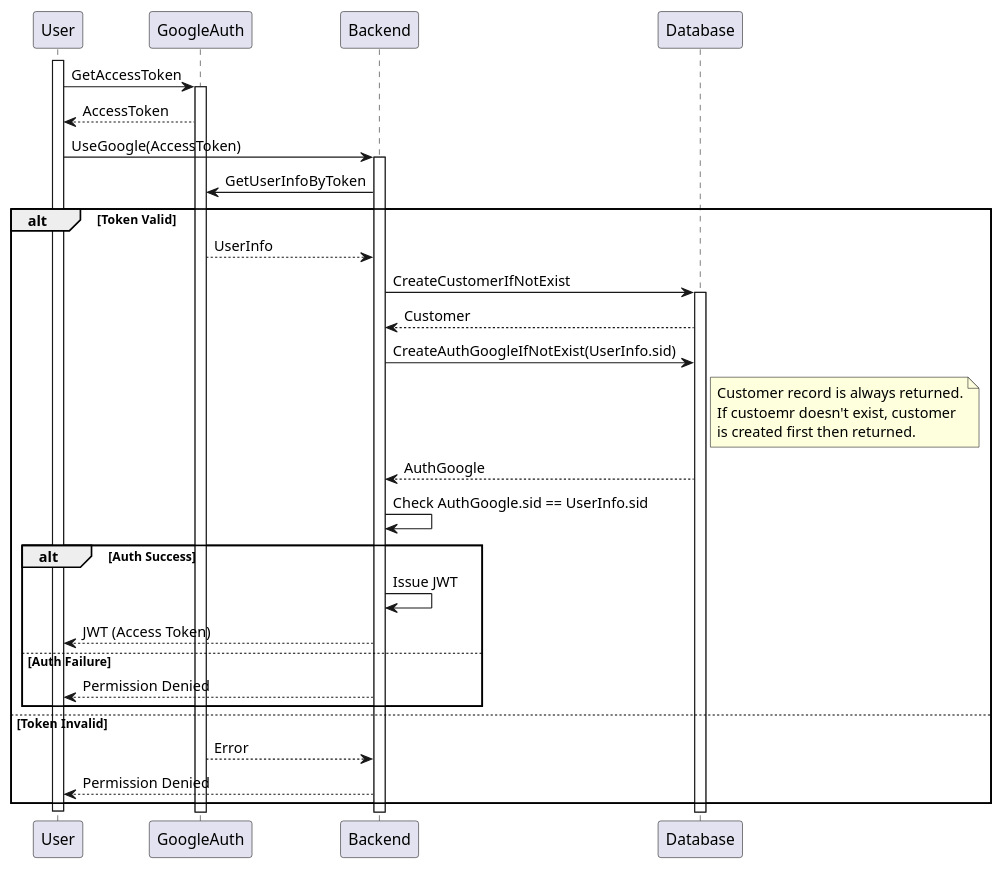
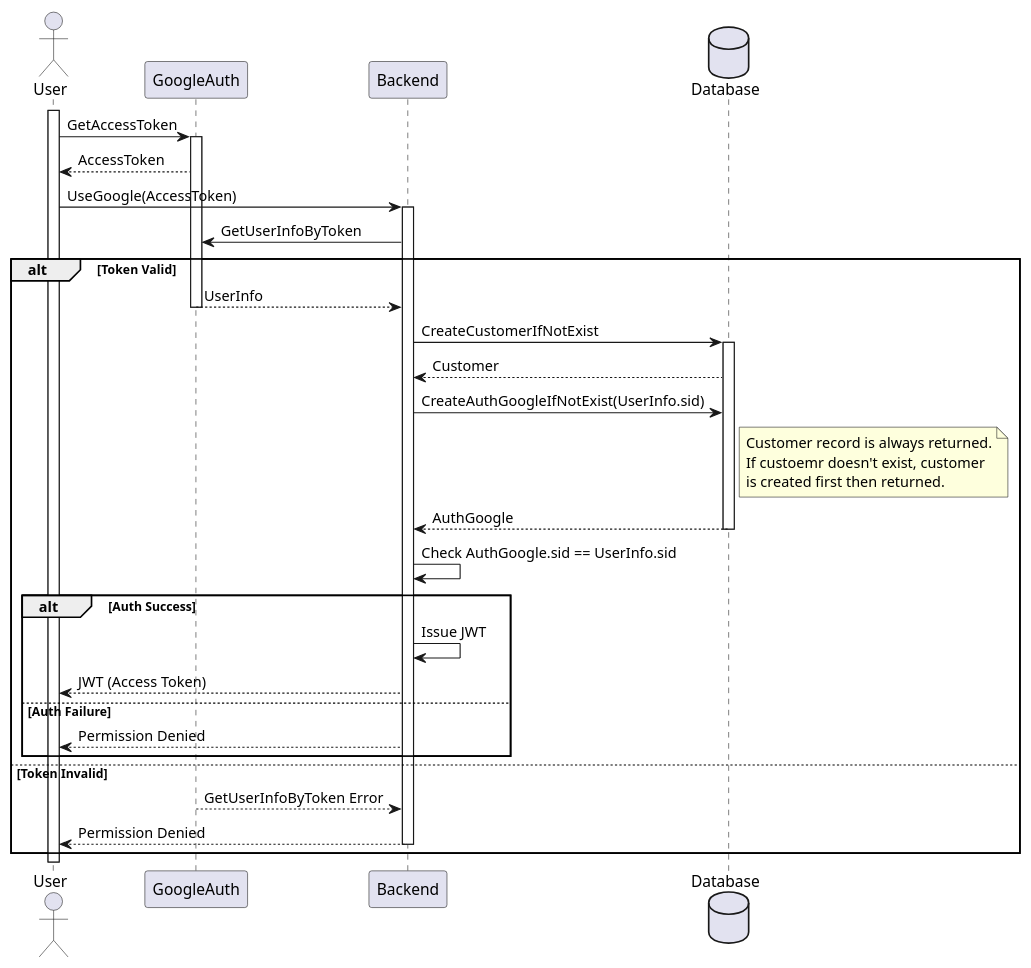
One commit to jadwalapp/symmetrical-spoon changed the second of 14 diagrams in docs/diagrams/sequence-diagrams/all-sequence-diagrams.puml. Above: the diagram before and after it, drawn with PlantUML. The commit also changed other lines of this file and 4 other files, not shown here.

Commit message:
enhance sequence diagrams and use case diagram

```diff
--- a/docs/diagrams/sequence-diagrams/all-sequence-diagrams.puml
+++ b/docs/diagrams/sequence-diagrams/all-sequence-diagrams.puml
@@ -43,32 +48,36 @@
 @startuml Continue with Google
+actor User
+participant GoogleAuth
+participant Backend
+database Database
+
 activate User
 
 User -> GoogleAuth ++ : GetAccessToken
 GoogleAuth --> User : AccessToken
 
 User -> Backend ++ : UseGoogle(AccessToken)
 Backend -> GoogleAuth : GetUserInfoByToken
 alt Token Valid
-    GoogleAuth --> Backend : UserInfo
+    GoogleAuth --> Backend -- : UserInfo
     
     Backend -> Database ++ : CreateCustomerIfNotExist
     Database --> Backend : Customer
 
     Backend -> Database : CreateAuthGoogleIfNotExist(UserInfo.sid)
     note right of Database : Customer record is always returned.\nIf custoemr doesn't exist, customer\nis created first then returned.
-    Database --> Backend : AuthGoogle
+    Database --> Backend  -- : AuthGoogle
 
     Backend -> Backend : Check AuthGoogle.sid == UserInfo.sid
     alt Auth Success
         Backend -> Backend : Issue JWT
         Backend --> User : JWT (Access Token)
     else Auth Failure
         Backend --> User : Permission Denied
     end
 else Token Invalid
-    GoogleAuth --> Backend : Error
-    Backend --> User : Permission Denied
+    GoogleAuth --> Backend : GetUserInfoByToken Error
+    Backend --> User -- : Permission Denied
 end
 
-deactivate User
 @enduml
```
